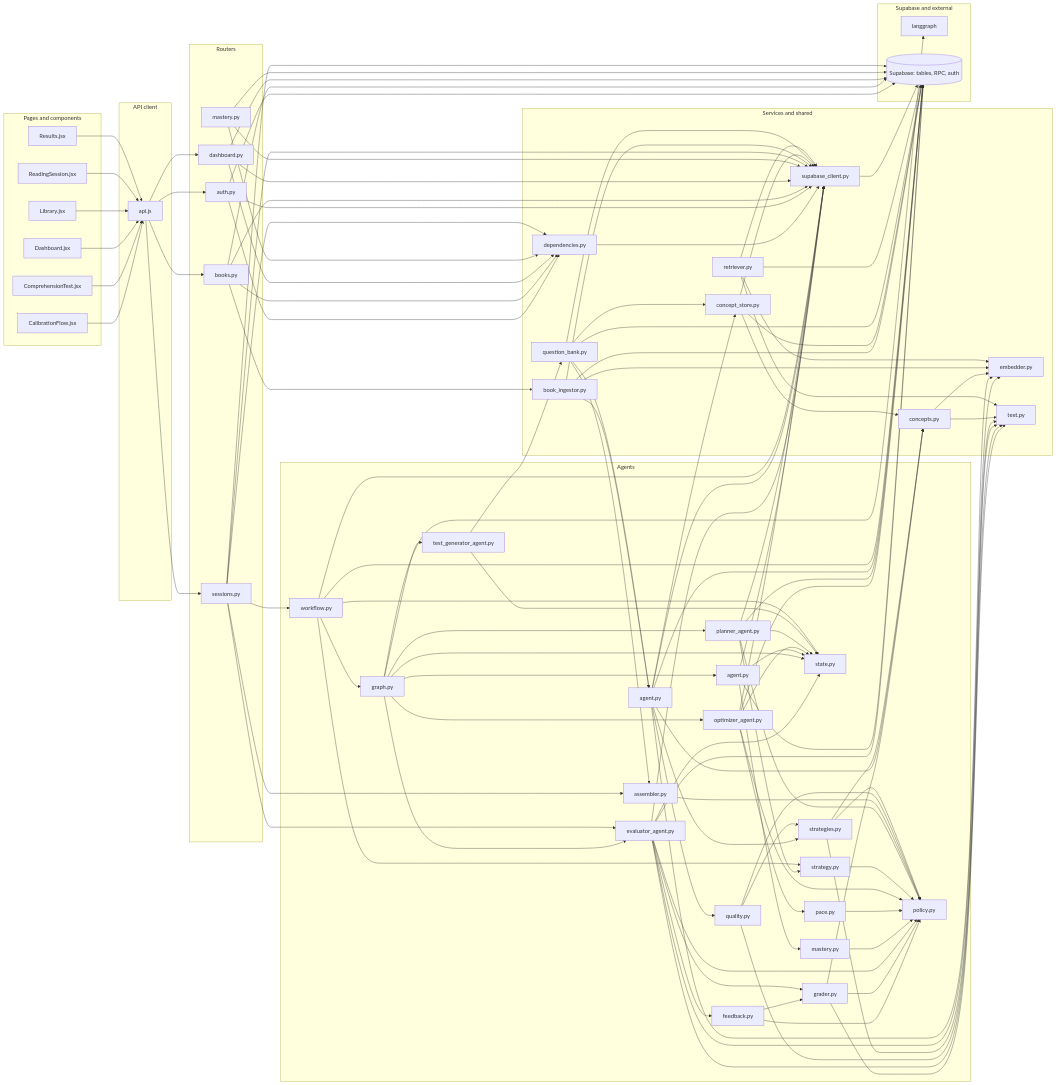
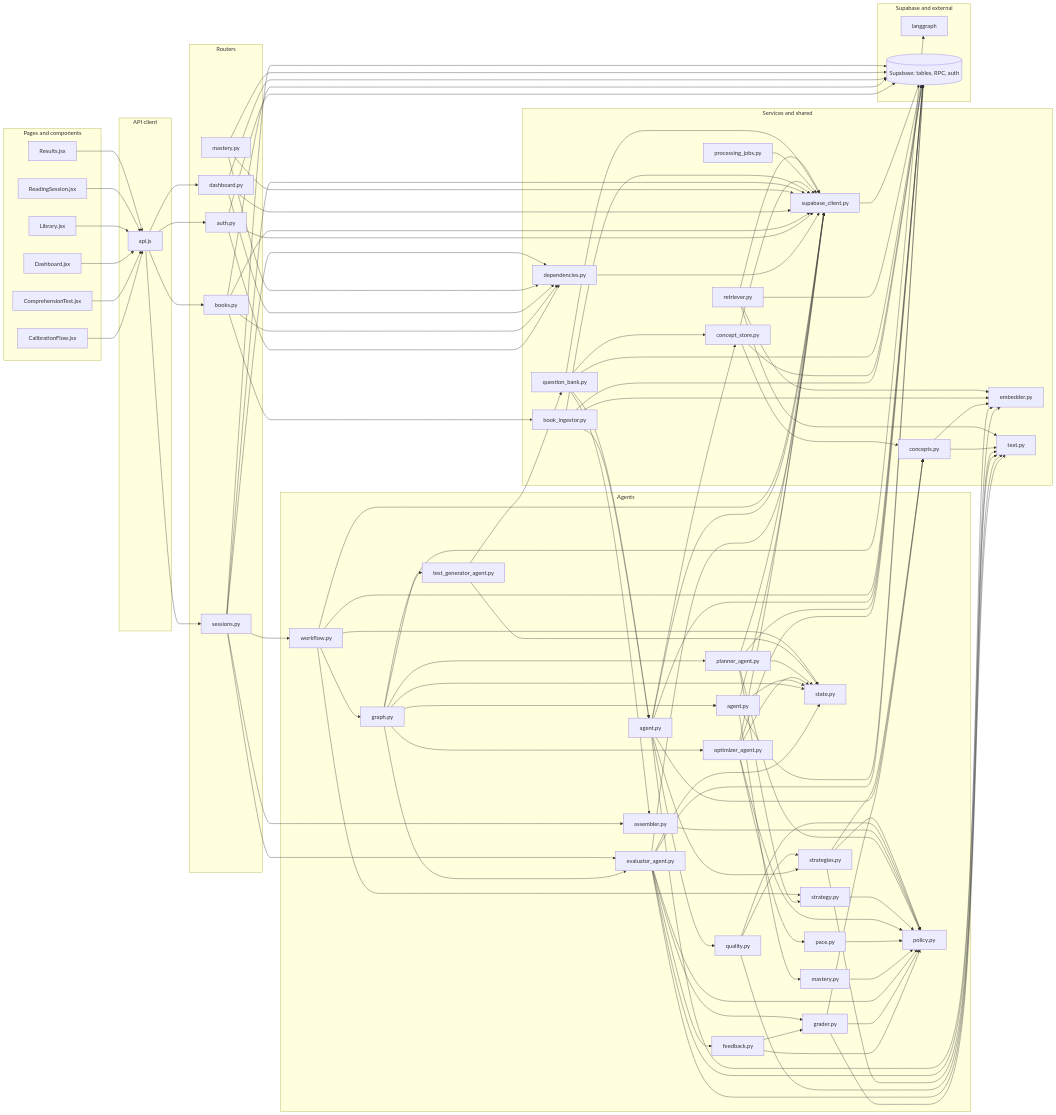
The first of 2 diagrams in docs/repo-graph/REPO_MAP.md (asparagusD/readfocus), drawn with Mermaid before and after one commit. The commit also changed other lines of this file and 11 other files, not shown here.

First line of the commit message:
feat(ingest): add processing_jobs and the job service

```diff
--- a/docs/repo-graph/REPO_MAP.md
+++ b/docs/repo-graph/REPO_MAP.md
@@ -57,6 +57,7 @@
     file_backend_nlp_text_py["text.py"]
     file_backend_services_book_ingestor_py["book_ingestor.py"]
     file_backend_services_concept_store_py["concept_store.py"]
+    file_backend_services_processing_jobs_py["processing_jobs.py"]
     file_backend_services_question_bank_py["question_bank.py"]
     file_backend_services_retriever_py["retriever.py"]
     file_backend_services_supabase_client_py["supabase_client.py"]
@@ -152,6 +153,7 @@
   file_backend_services_concept_store_py --> file_backend_nlp_concepts_py
   file_backend_services_concept_store_py --> file_backend_services_supabase_client_py
   file_backend_services_concept_store_py --> supabase
+  file_backend_services_processing_jobs_py --> file_backend_services_supabase_client_py
   file_backend_services_question_bank_py --> file_backend_agents_question_generation_agent_py
   file_backend_services_question_bank_py --> file_backend_agents_question_generation_assembler_py
   file_backend_services_question_bank_py --> file_backend_services_concept_store_py
```
